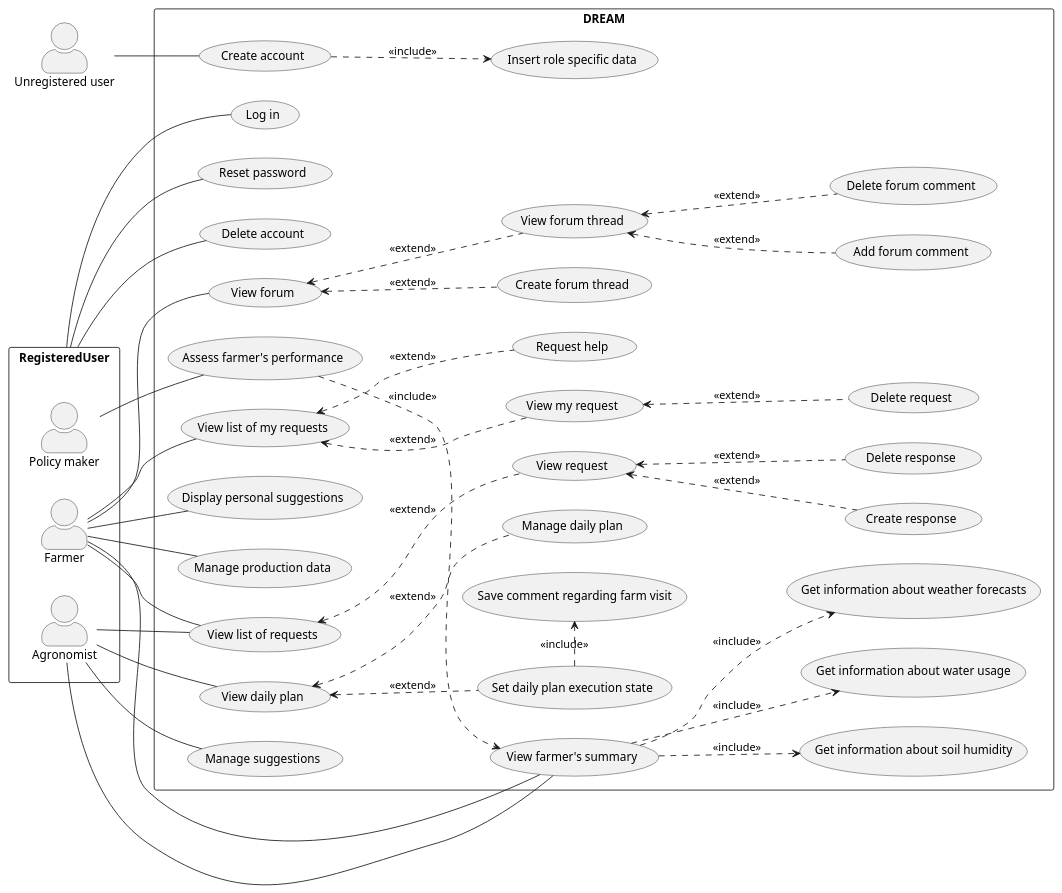
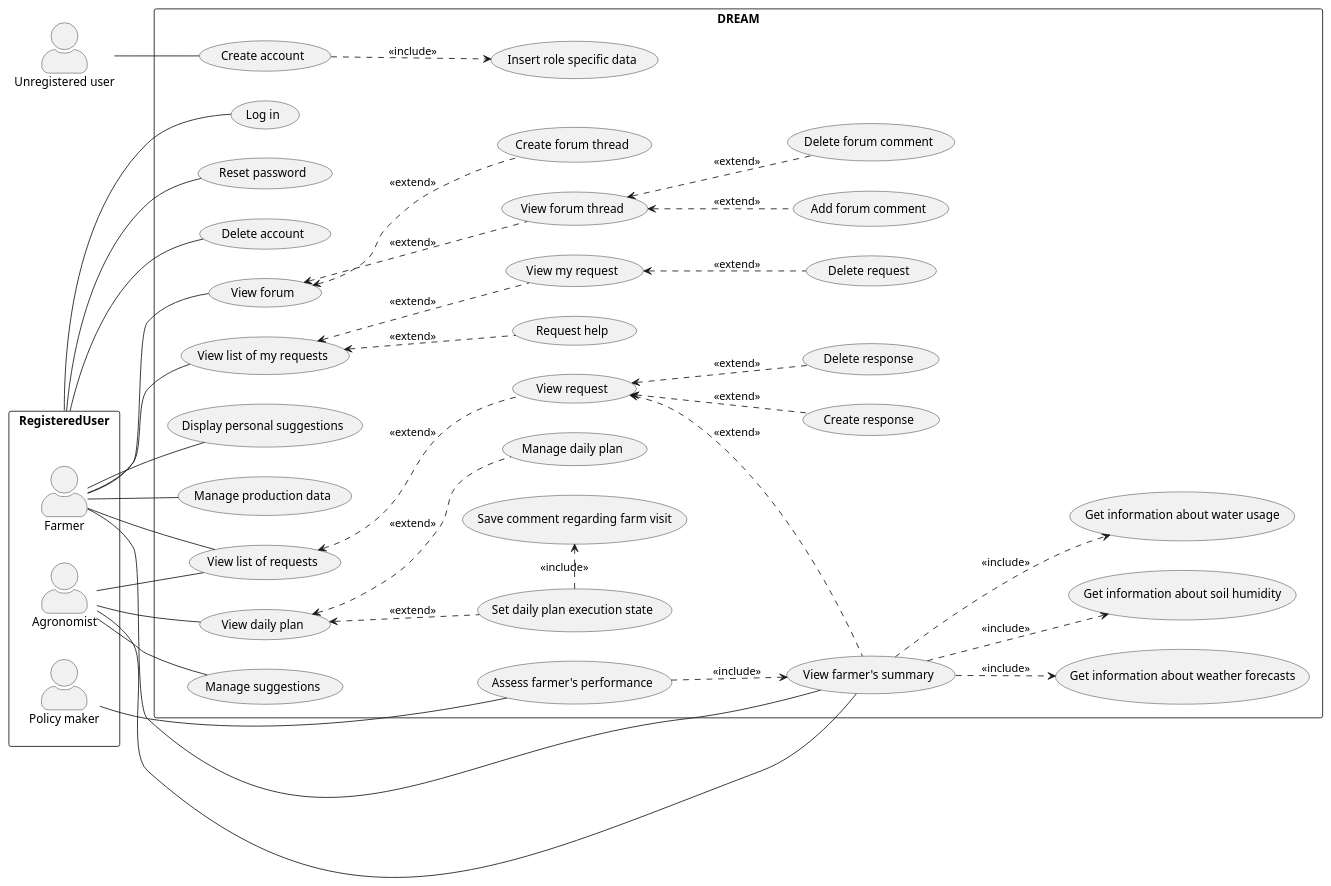
The diagram in RASD/uml/uc.puml (Astenna/DREAM), drawn with PlantUML before and after one commit. The commit also changed 4 other files, not shown here.

```diff
--- a/RASD/uml/uc.puml
+++ b/RASD/uml/uc.puml
@@ -1,78 +1,79 @@
 @startuml Use case
 left to right direction
 skinparam packageStyle rectangle
 skinparam actorStyle awesome
 
 ' skinparam linetype polyline
 ' skinparam linetype ortho
 
 'Primary - should be on the left side
 actor :Unregistered user: as UnregUser
 
 package RegisteredUser {
     actor :Policy maker: as PolMaker
     actor :Farmer:
     actor :Agronomist:
 }
 
 ' 'Secondary - should be on the right side
 ' package ExternalSystem {
 '     actor :WeatherForecastSystem:
 '     actor :WaterIrrigationSystem:
 '     actor :SensorSystem:
 ' }
 
 'visualisations - less details or additional phenomenas? as in lower diagram
 'there are MANY missing phenomenas, that can be deducted from UC
 'about SP: which is better?? - maybe a question to tamburri
 '   "The system visualizes data ... for argonomist"
 '   "The system visualizes data ..."
 '   "Agronomist visualizes data"
 rectangle DREAM {
     '''''''''''Common'''''''''''
     RegisteredUser -- (Log in)
     RegisteredUser -- (Reset password)
     RegisteredUser -- (Delete account)
     UnregUser -- (Create account)
     ' PolMaker -- (Log in)
     ' Agronomist -- (Log in)
     (Create account) ..> (Insert role specific data) : <<include>>
 
     '''''''''''Farmer'''''''''''
     ' Farmer -- (Log in)
     Farmer -- (View farmer's summary)
     (View farmer's summary) ..> (Get information about weather forecasts) : <<include>>
     (View farmer's summary) ..> (Get information about soil humidity) : <<include>>
     (View farmer's summary) ..> (Get information about water usage) : <<include>>
     Farmer -- (Display personal suggestions)
     Farmer -- (Manage production data)
     Farmer -- (View forum)
     (View forum) <.. (Create forum thread) : <<extend>>
     (View forum) <.. (View forum thread) : <<extend>>
     (View forum thread) <.. (Delete forum comment) : <<extend>>
     (View forum thread) <.. (Add forum comment) : <<extend>>
     (View list of my requests) <.. (Request help) : <<extend>>
     (View list of my requests) <.. (View my request) : <<extend>>
     Farmer -- (View list of requests)
     Farmer -- (View list of my requests)
     (View my request) <.. (Delete request) : <<extend>>
 
     '''''''''''Agronomist'''''''''''
     Agronomist -- (View farmer's summary)
     Agronomist -- (View list of requests)
     Agronomist -- (Manage suggestions)
     (View list of requests) <.. (View request) : <<extend>>
     (View request) <.. (Create response) : <<extend>>
     (View request) <.. (Delete response) : <<extend>>
+    (View request) <.. (View farmer's summary) : <<extend>>
     Agronomist -- (View daily plan)
     (View daily plan) <.. (Manage daily plan) : <<extend>>
     (View daily plan) <.. (Set daily plan execution state) : <<extend>>
     (Set daily plan execution state) .> (Save comment regarding farm visit) : <<include>>
 
     '''''''''''Policy maker'''''''''''
     PolMaker -- (Assess farmer's performance)
     ' PolMaker -- (View list of requests)
     (Assess farmer's performance) ..> (View farmer's summary) : <<include>>
 }
 
 @enduml
```
